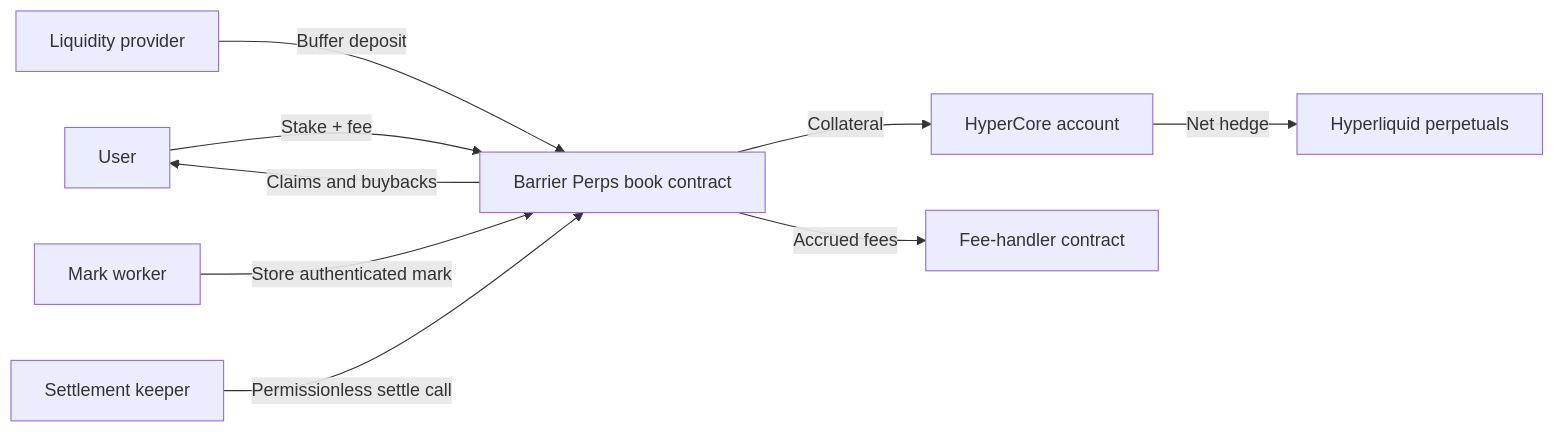
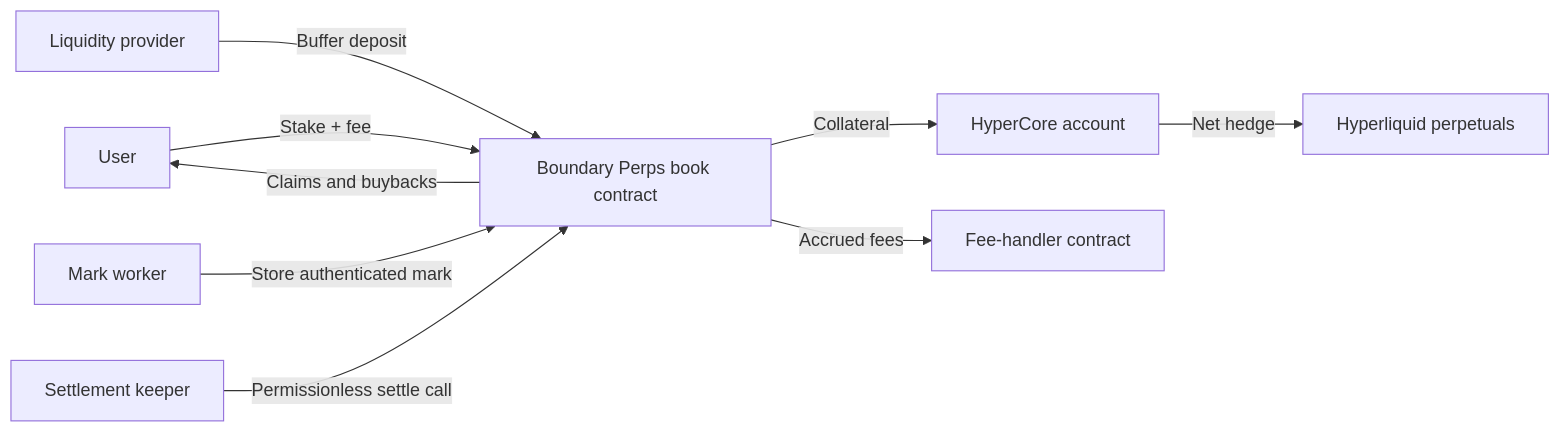
The diagram in boundary-perps/technical-reference/contract-architecture.md (boundex/docs_bound_exchange), drawn with Mermaid before and after one commit. The commit also changed other lines of this file and 22 other files, not shown here.

Commit message:
docs: complete Boundary Perps rename

````diff
--- a/boundary-perps/technical-reference/contract-architecture.md
+++ b/boundary-perps/technical-reference/contract-architecture.md
@@ -7,11 +7,11 @@
 ```mermaid
 flowchart LR
-    U["User"] -->|"Stake + fee"| B["Barrier Perps book contract"]
+    U["User"] -->|"Stake + fee"| B["Boundary Perps book contract"]
     LP["Liquidity provider"] -->|"Buffer deposit"| B
     B -->|"Collateral"| HC["HyperCore account"]
     HC -->|"Net hedge"| HL["Hyperliquid perpetuals"]
     MW["Mark worker"] -->|"Store authenticated mark"| B
     SK["Settlement keeper"] -->|"Permissionless settle call"| B
     B -->|"Accrued fees"| FH["Fee-handler contract"]
     B -->|"Claims and buybacks"| U
 ```
````
